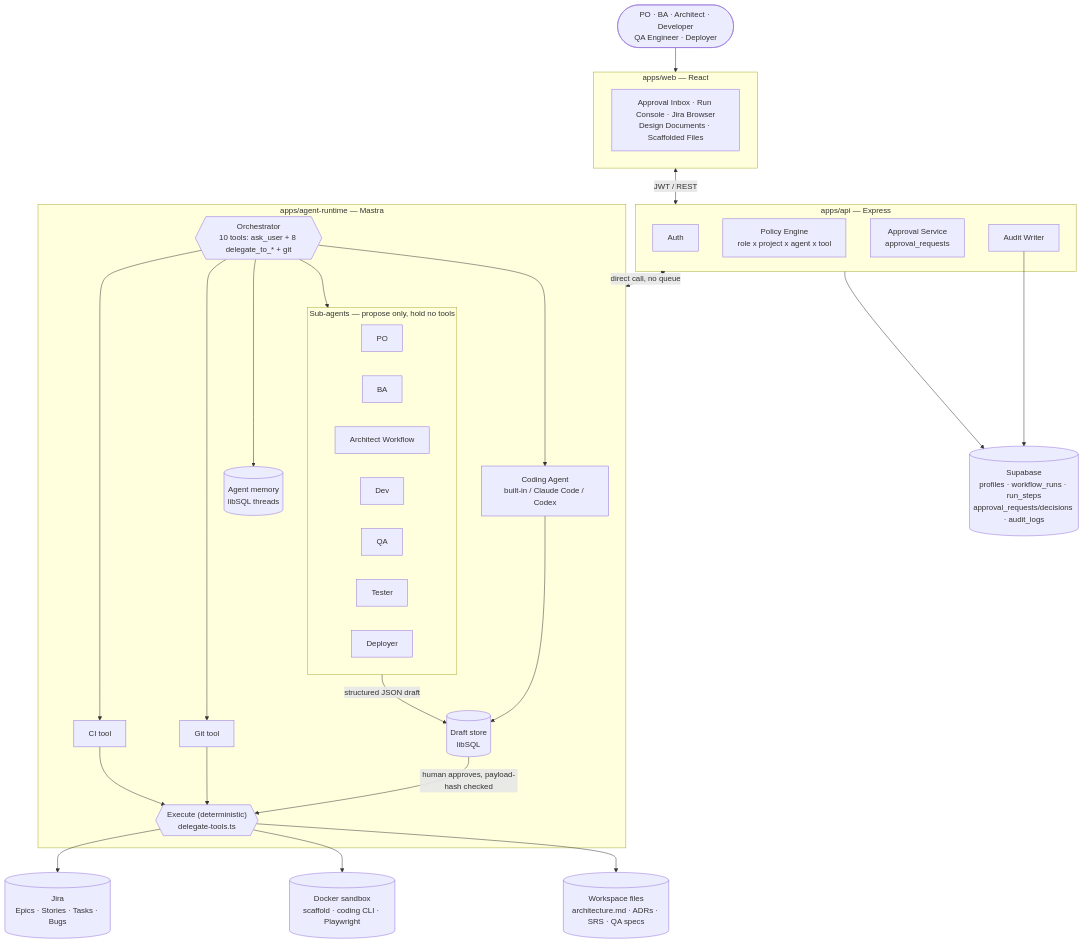
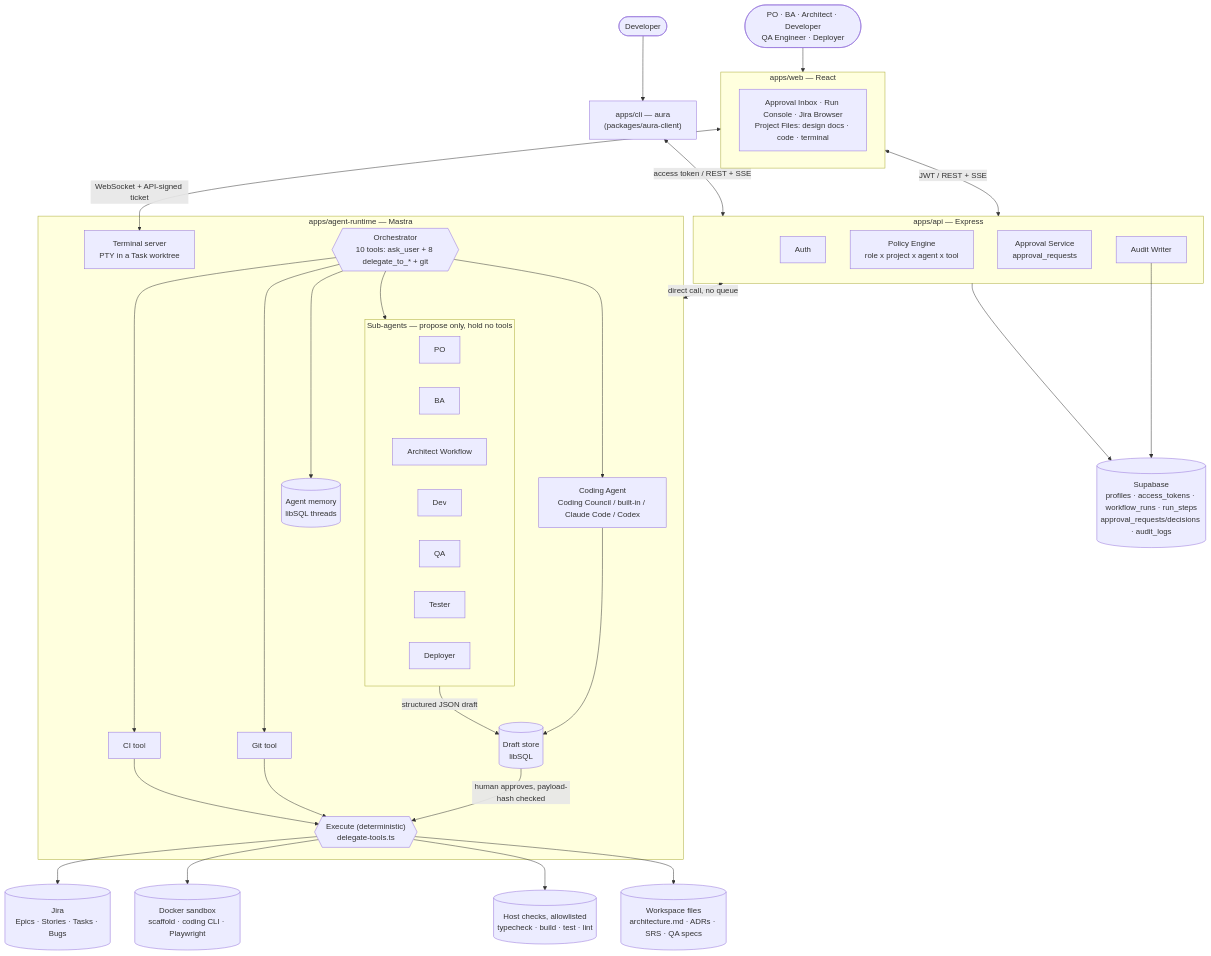
Before and after one commit to HasithaErandika/aura: the first of 3 diagrams in docs/ARCHITECTURE.md, drawn with Mermaid. The commit also changed other lines of this file and 102 other files, not shown here.

````diff
--- a/docs/ARCHITECTURE.md
+++ b/docs/ARCHITECTURE.md
@@ -70,59 +74,66 @@
 ```mermaid
 flowchart TD
     ROLES(["PO · BA · Architect · Developer<br/>QA Engineer · Deployer"]) --> WEB
+    DEVS(["Developer"]) --> CLI
 
     subgraph WEB["apps/web — React"]
-        UI["Approval Inbox · Run Console · Jira Browser<br/>Design Documents · Scaffolded Files"]
+        UI["Approval Inbox · Run Console · Jira Browser<br/>Project Files: design docs · code · terminal"]
     end
 
-    WEB <-->|"JWT / REST"| API
+    CLI["apps/cli — aura<br/>(packages/aura-client)"]
+
+    WEB <-->|"JWT / REST + SSE"| API
+    CLI <-->|"access token / REST + SSE"| API
+    WEB <-->|"WebSocket + API-signed ticket"| TERM
 
     subgraph API["apps/api — Express"]
         AUTH[Auth]
         POL["Policy Engine<br/>role x project x agent x tool"]
         APR["Approval Service<br/>approval_requests"]
         AUD[Audit Writer]
     end
 
     API <-->|"direct call, no queue"| RT
 
     subgraph RT["apps/agent-runtime — Mastra"]
         ORCH{{"Orchestrator<br/>10 tools: ask_user + 8 delegate_to_* + git"}}
 
         subgraph AGENTS["Sub-agents — propose only, hold no tools"]
             PO_A[PO]
             BA_A[BA]
             AR_A["Architect Workflow"]
             DEV_A[Dev]
             QA_A[QA]
             TS_A[Tester]
             DP_A[Deployer]
         end
 
-        CODE["Coding Agent<br/>built-in / Claude Code / Codex"]
+        CODE["Coding Agent<br/>Coding Council / built-in / Claude Code / Codex"]
+        TERM["Terminal server<br/>PTY in a Task worktree"]
         GITT["Git tool"]
         CI["CI tool"]
         MEM[("Agent memory<br/>libSQL threads")]
 
         ORCH --> AGENTS
         ORCH --> CODE
         ORCH --> GITT
         ORCH --> CI
         ORCH --> MEM
 
         AGENTS -->|"structured JSON draft"| DRAFT[("Draft store<br/>libSQL")]
         CODE --> DRAFT
 
         EXEC{{"Execute (deterministic)<br/>delegate-tools.ts"}}
         DRAFT -->|"human approves, payload-hash checked"| EXEC
         GITT --> EXEC
         CI --> EXEC
     end
 
     EXEC --> JIRA[("Jira<br/>Epics · Stories · Tasks · Bugs")]
     EXEC --> DOCKER[("Docker sandbox<br/>scaffold · coding CLI · Playwright")]
+    EXEC --> CHECKS[("Host checks, allowlisted<br/>typecheck · build · test · lint")]
     EXEC --> FILES[("Workspace files<br/>architecture.md · ADRs · SRS · QA specs")]
 
-    API --> SUPA[("Supabase<br/>profiles · workflow_runs · run_steps<br/>approval_requests/decisions · audit_logs")]
+    API --> SUPA[("Supabase<br/>profiles · access_tokens · workflow_runs · run_steps<br/>approval_requests/decisions · audit_logs")]
     AUD --> SUPA
 ```
````
